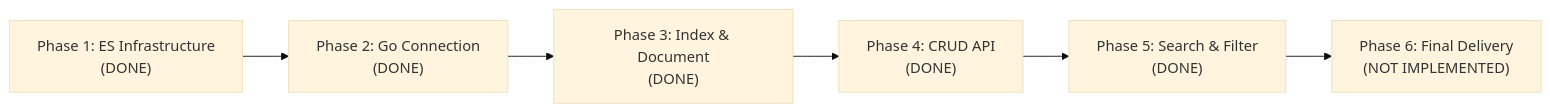
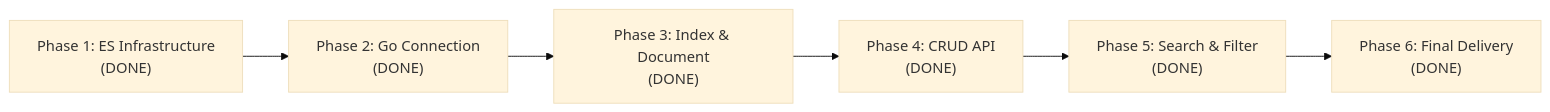
One commit to fajri-rabka/go-elastic-poc changed the diagram in docs/ROADMAP.md. Above: the diagram before and after it, drawn with Mermaid (base theme). The commit also changed other lines of this file and 4 other files, not shown here.

````diff
--- a/docs/ROADMAP.md
+++ b/docs/ROADMAP.md
@@ -19,8 +19,8 @@
 ```mermaid
 flowchart LR
     P1["Phase 1: ES Infrastructure<br/>(DONE)"] --> P2["Phase 2: Go Connection<br/>(DONE)"]
     P2 --> P3["Phase 3: Index & Document<br/>(DONE)"]
     P3 --> P4["Phase 4: CRUD API<br/>(DONE)"]
     P4 --> P5["Phase 5: Search & Filter<br/>(DONE)"]
-    P5 --> P6["Phase 6: Final Delivery<br/>(NOT IMPLEMENTED)"]
+    P5 --> P6["Phase 6: Final Delivery<br/>(DONE)"]
 ```
````
